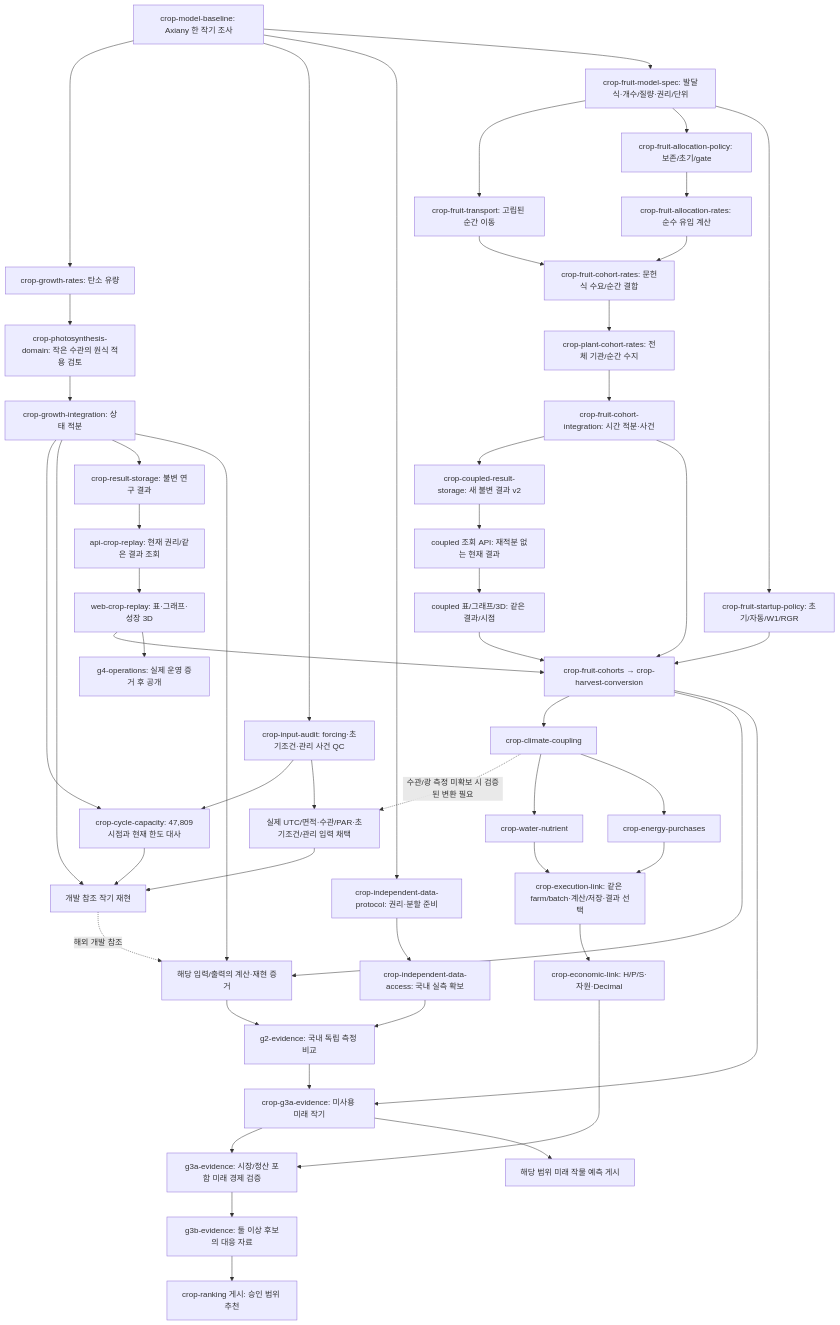
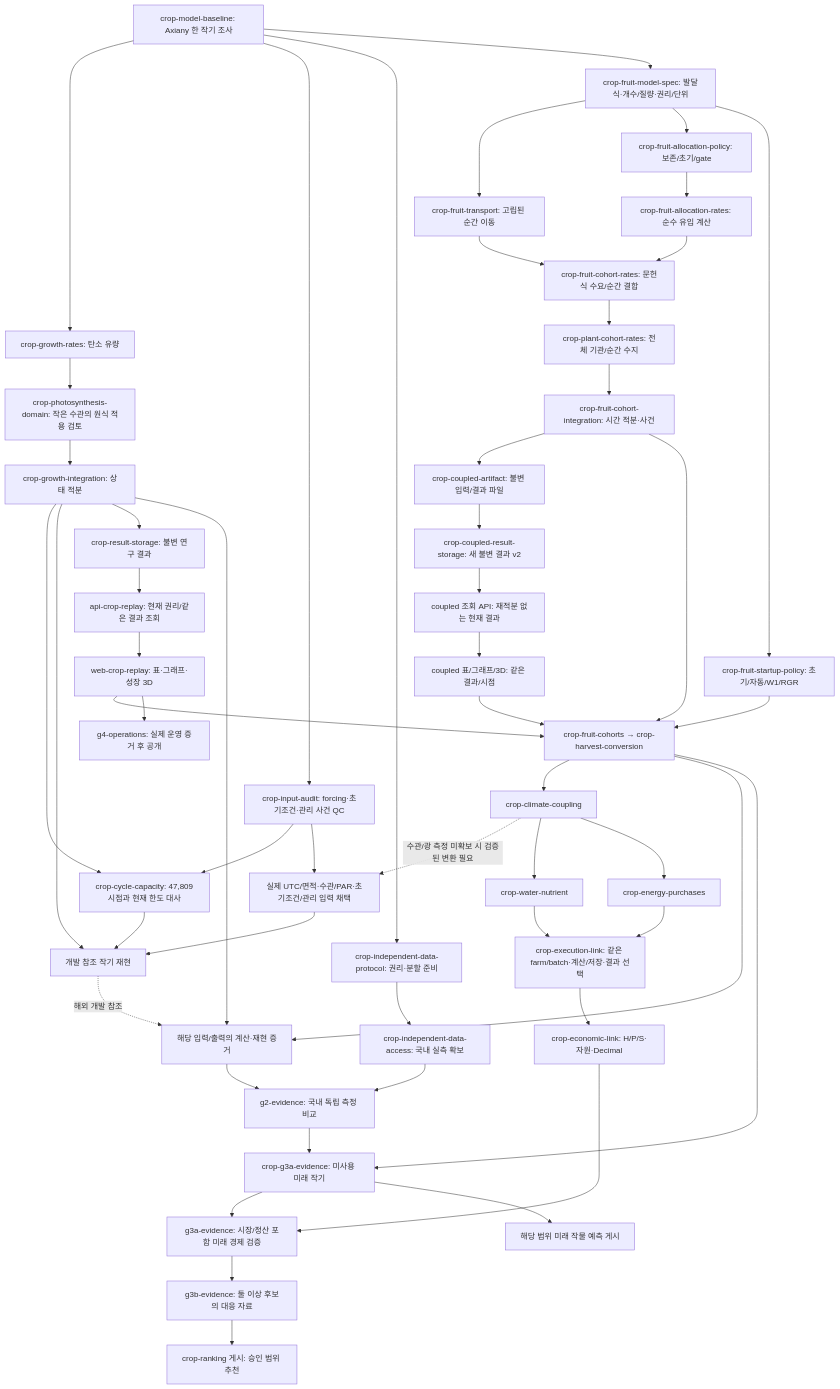
Before and after one commit to KIMSUNGHOON/OpenSmartFarmSim: the first of 2 diagrams in tasks/plan.md, drawn with Mermaid. The commit also changed other lines of this file and 10 other files, not shown here.

Commit message:
feat: preserve coupled crop calculations as bounded immutable research artifacts

````diff
--- a/tasks/plan.md
+++ b/tasks/plan.md
@@ -30,54 +31,55 @@
 ```mermaid
 flowchart TD
   B["crop-model-baseline: Axiany 한 작기 조사"] --> R["crop-growth-rates: 탄소 유량"]
   B --> Q["crop-input-audit: forcing·초기조건·관리 사건 QC"]
   B --> AP["crop-independent-data-protocol: 권리·분할 준비"]
   AP --> A["crop-independent-data-access: 국내 실측 확보"]
   R --> D["crop-photosynthesis-domain: 작은 수관의 원식 적용 검토"]
   D --> I["crop-growth-integration: 상태 적분"]
   Q --> CAP["crop-cycle-capacity: 47,809시점과 현재 한도 대사"]
   I --> CAP
   CAP --> X["개발 참조 작기 재현"]
   Q --> AQ["실제 UTC/면적·수관/PAR·초기조건/관리 입력 채택"]
   AQ --> X
   I --> X
   I --> S["crop-result-storage: 불변 연구 결과"]
   S --> API["api-crop-replay: 현재 권리/같은 결과 조회"]
   API --> V["web-crop-replay: 표·그래프·성장 3D"]
   B --> FM["crop-fruit-model-spec: 발달식·개수/질량·권리/단위"]
   FM --> FT["crop-fruit-transport: 고립된 순간 이동"]
   FM --> FP["crop-fruit-allocation-policy: 보존/초기/gate"]
   FT --> CR["crop-fruit-cohort-rates: 문헌식 수요/순간 결합"]
   FP --> FA["crop-fruit-allocation-rates: 순수 유입 계산"]
   FA --> CR
   CR --> PC["crop-plant-cohort-rates: 전체 기관/순간 수지"]
   PC --> CI["crop-fruit-cohort-integration: 시간 적분·사건"]
-  CI --> CS["crop-coupled-result-storage: 새 불변 결과 v2"]
+  CI --> AF["crop-coupled-artifact: 불변 입력/결과 파일"]
+  AF --> CS["crop-coupled-result-storage: 새 불변 결과 v2"]
   CS --> CA["coupled 조회 API: 재적분 없는 현재 결과"]
   CA --> CV["coupled 표/그래프/3D: 같은 결과/시점"]
   FM --> ST["crop-fruit-startup-policy: 초기/자동/W1/RGR"]
   CI --> F["crop-fruit-cohorts → crop-harvest-conversion"]
   ST --> F
   V --> F
   CV --> F
   F --> C["crop-climate-coupling"]
   C -. 수관/광 측정 미확보 시 검증된 변환 필요 .-> AQ
   C --> W["crop-water-nutrient"]
   C --> E["crop-energy-purchases"]
   W --> L["crop-execution-link: 같은 farm/batch·계산/저장·결과 선택"]
   E --> L
   L --> M["crop-economic-link: H/P/S·자원·Decimal"]
   A --> G2["g2-evidence: 국내 독립 측정 비교"]
   I --> CALC["해당 입력/출력의 계산·재현 증거"]
   F --> CALC
   X -. 해외 개발 참조 .-> CALC
   CALC --> G2
   G2 --> G3A["crop-g3a-evidence: 미사용 미래 작기"]
   F --> G3A
   M --> EC["g3a-evidence: 시장/정산 포함 미래 경제 검증"]
   G3A --> EC
   G3A --> P["해당 범위 미래 작물 예측 게시"]
   EC --> PAIR["g3b-evidence: 둘 이상 후보의 대응 자료"]
   PAIR --> REC["crop-ranking 게시: 승인 범위 추천"]
   V --> PUB["g4-operations: 실제 운영 증거 후 공개"]
 ```
````
